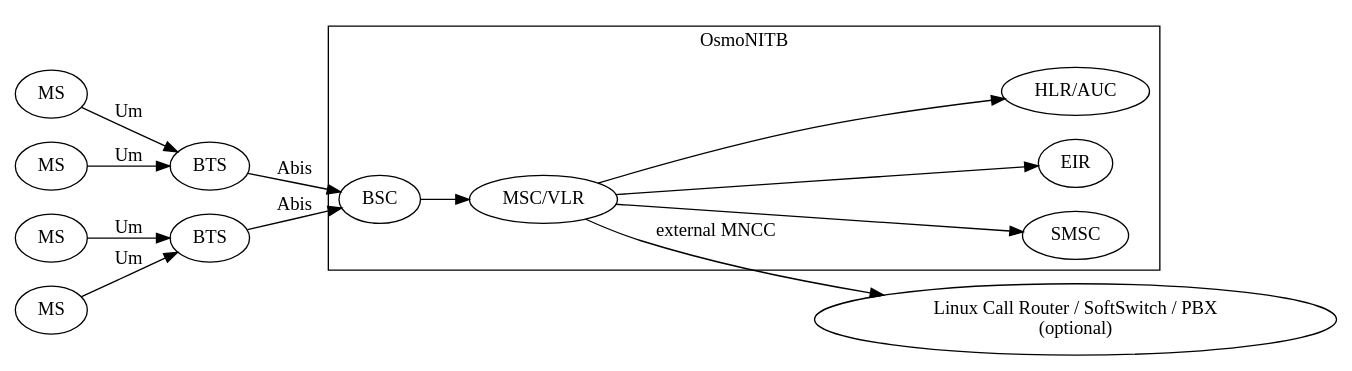
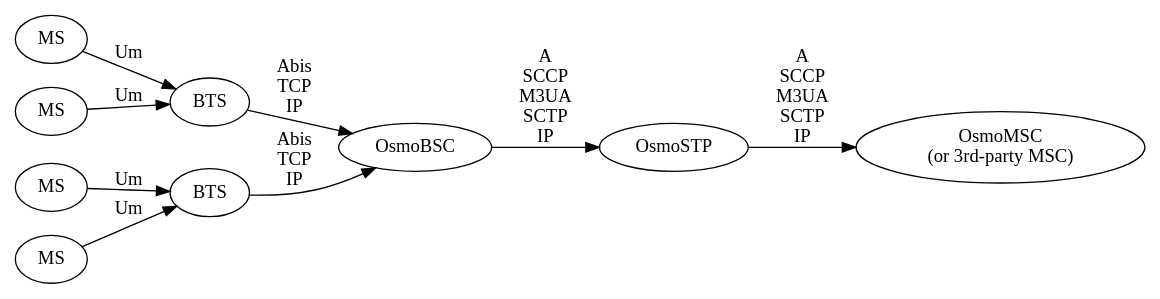
One commit to osmocom/osmo-gsm-manuals changed the second of 2 diagrams in OsmoBSC/chapters/overview.adoc. Above: the diagram before and after it, drawn with Graphviz. The commit also changed other lines of this file, not shown here.

Commit message:
OsmoBSC: update overview to explain both SCCPlite and SCCP/M3UA

```diff
--- a/OsmoBSC/chapters/overview.adoc
+++ b/OsmoBSC/chapters/overview.adoc
@@ -52,32 +110,19 @@
 [graphviz]
 ----
 digraph G {
         rankdir=LR;
         MS0 [label="MS"];
         MS1 [label="MS"];
         MS2 [label="MS"];
         MS3 [label="MS"];
         BTS0 [label="BTS"];
         BTS1 [label="BTS"];
-        EXTMNCC [label="Linux Call Router / SoftSwitch / PBX\n(optional)"];
-        MS0->BTS0 [label="Um"];
-        MS1->BTS0 [label="Um"];
-        MS2->BTS1 [label="Um"];
-        MS3->BTS1 [label="Um"];
-        BTS0->BSC [label="Abis"];
-        BTS1->BSC [label="Abis"];
-        subgraph cluster_nitb {
-        label = "OsmoNITB";
-                BSC;
-                MSC [label="MSC/VLR"];
-                SMSC;
-                EIR;
-                HLR [label="HLR/AUC"];
-                BSC->MSC;
-                MSC->HLR;
-                MSC->EIR;
-                MSC->SMSC;
-        }
-        MSC -> EXTMNCC [label="external MNCC"];
+        BSC [label="OsmoBSC"];
+        STP [label="OsmoSTP"];
+        MSC [label="OsmoMSC\n(or 3rd-party MSC)"];
+        {MS0,MS1}->BTS0 [label="Um"];
+        {MS2,MS3}->BTS1 [label="Um"];
+        {BTS0,BTS1}->BSC [label="Abis\nTCP\nIP"];
+        BSC->STP->MSC [label="A\nSCCP\nM3UA\nSCTP\nIP"];
 }
 ----
```
